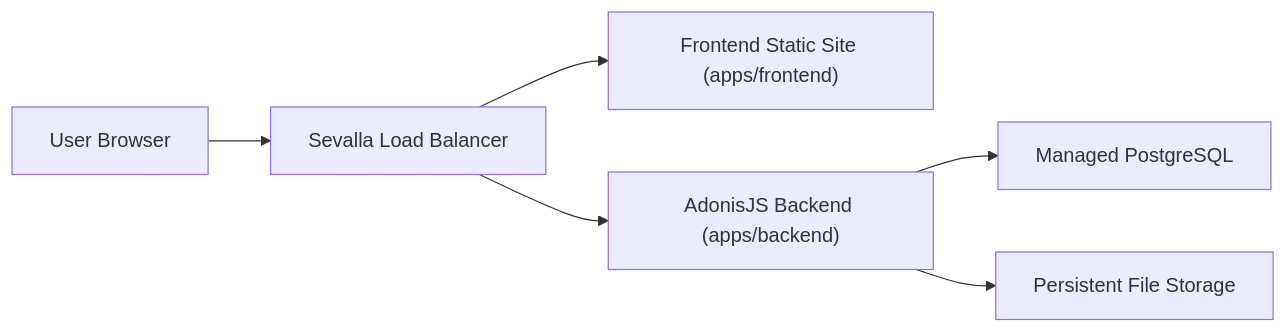
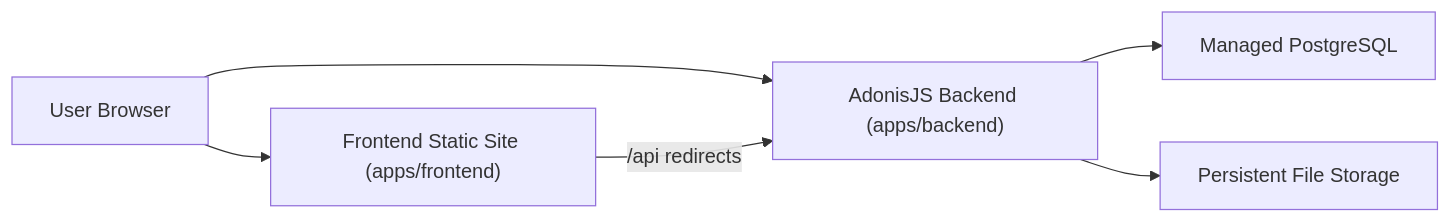
The diagram in README.md (stctheproducer/open-submission-approval-workflow), drawn with Mermaid before and after one commit. The commit also changed other lines of this file and 165 other files, not shown here.

````diff
--- a/README.md
+++ b/README.md
@@ -54,8 +55,8 @@
 ```mermaid
 flowchart LR
-  U["User Browser"] --> LB["Sevalla Load Balancer"]
-  LB --> FE["Frontend Static Site (apps/frontend)"]
-  LB --> BE["AdonisJS Backend (apps/backend)"]
+  U["User Browser"] --> FE["Frontend Static Site (apps/frontend)"]
+  U["User Browser"] --> BE["AdonisJS Backend (apps/backend)"]
+  FE -->|"/api" redirects| BE
   BE --> DB["Managed PostgreSQL"]
   BE --> FS["Persistent File Storage"]
 ```
````
